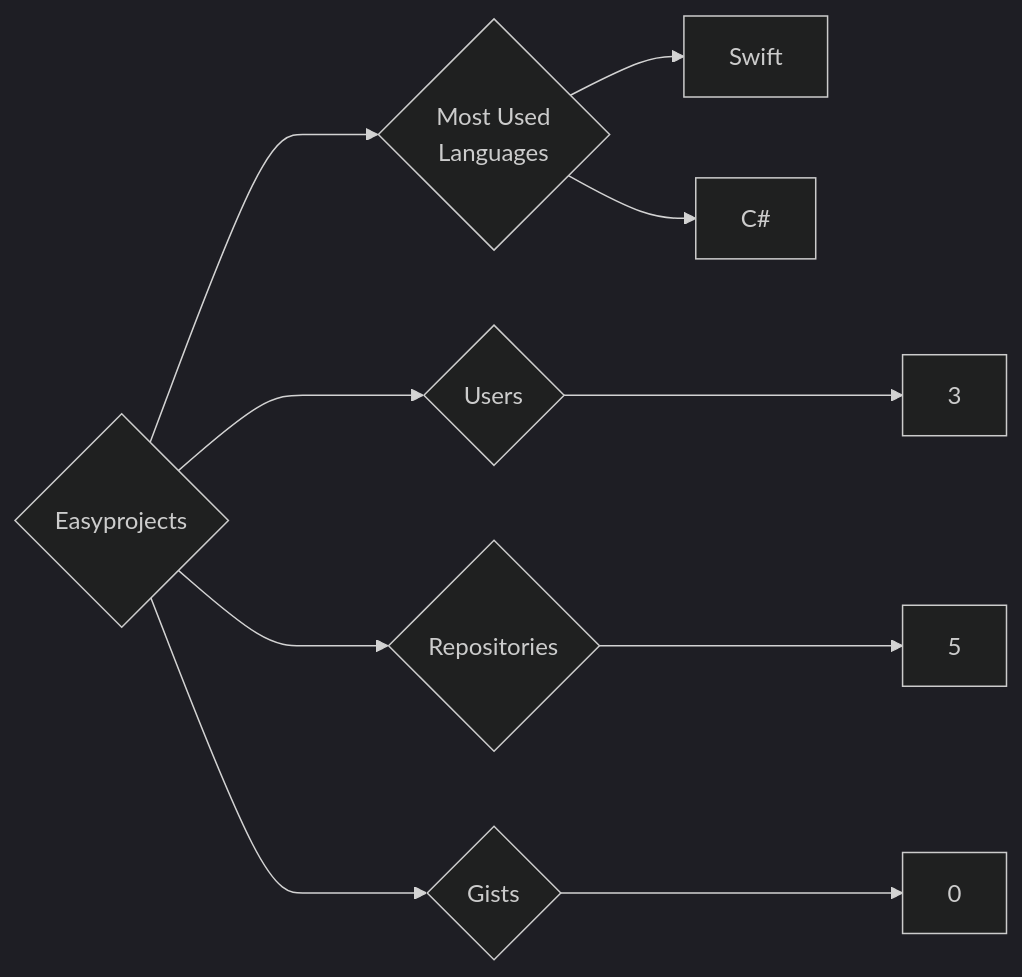
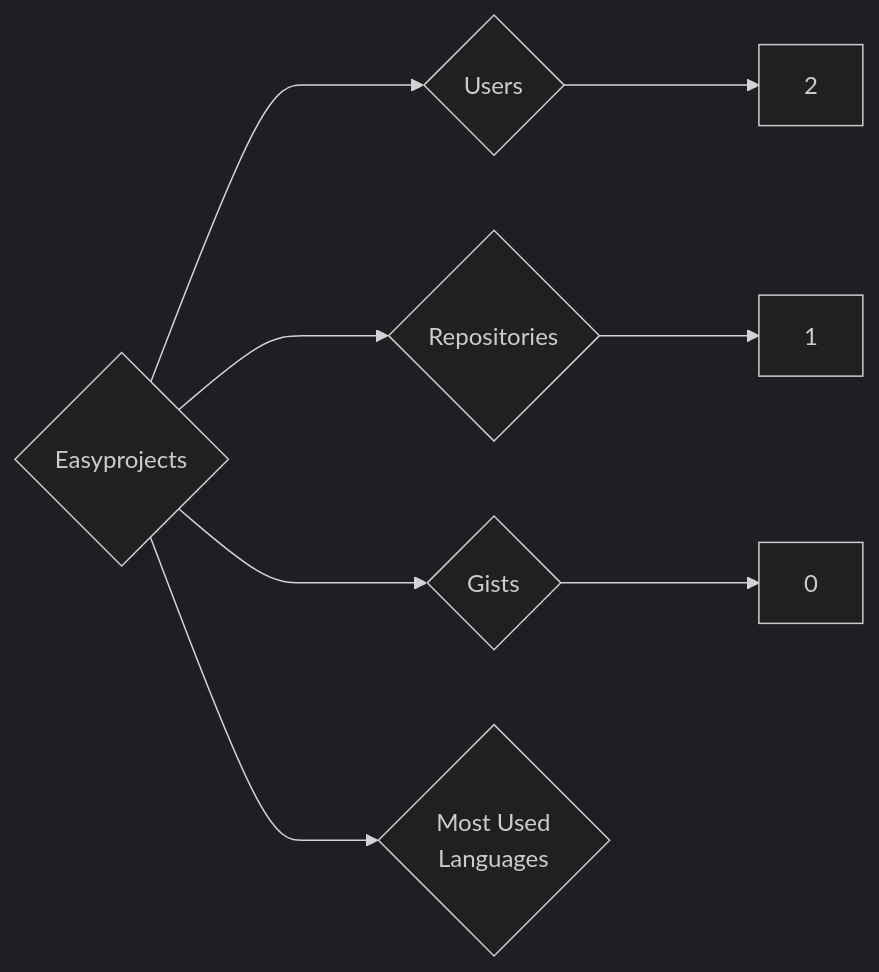
The diagram in targets/Easyprojects/README.md (trickest/insiders), drawn with Mermaid (dark theme) before and after one commit. The commit also changed 1055 other files, not shown here.

````diff
--- a/targets/Easyprojects/README.md
+++ b/targets/Easyprojects/README.md
@@ -3,10 +3,8 @@
 ```mermaid
 graph LR
 COMPANY_NAME{Easyprojects}
-COMPANY_NAME ---> U{Users} ---> UN[3]
-COMPANY_NAME ---> R{Repositories} ---> RN[5]
+COMPANY_NAME ---> U{Users} ---> UN[2]
+COMPANY_NAME ---> R{Repositories} ---> RN[1]
 COMPANY_NAME ---> G{Gists} ---> GN[0]
 COMPANY_NAME ---> ML{Most Used<br>Languages}
-ML --> Swift[Swift]
-ML --> C#[C#]
 ```
````
